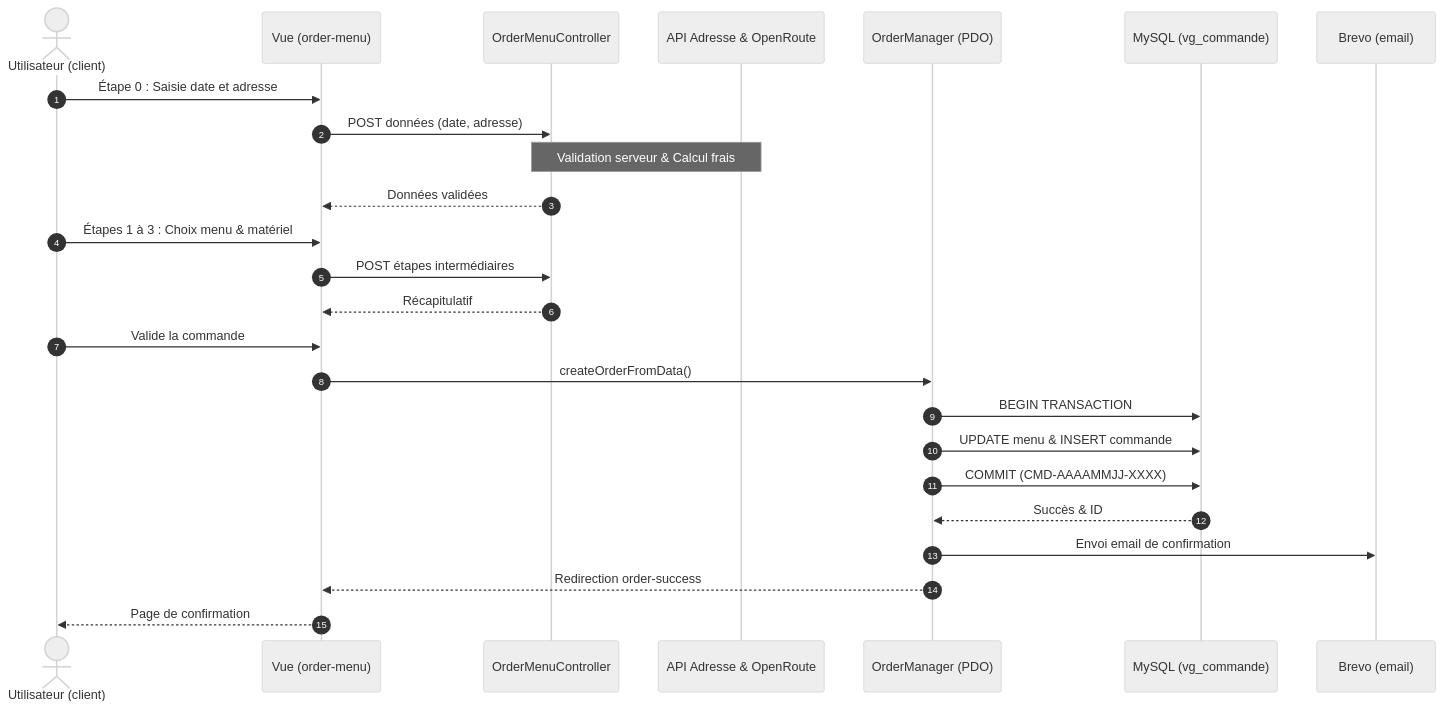
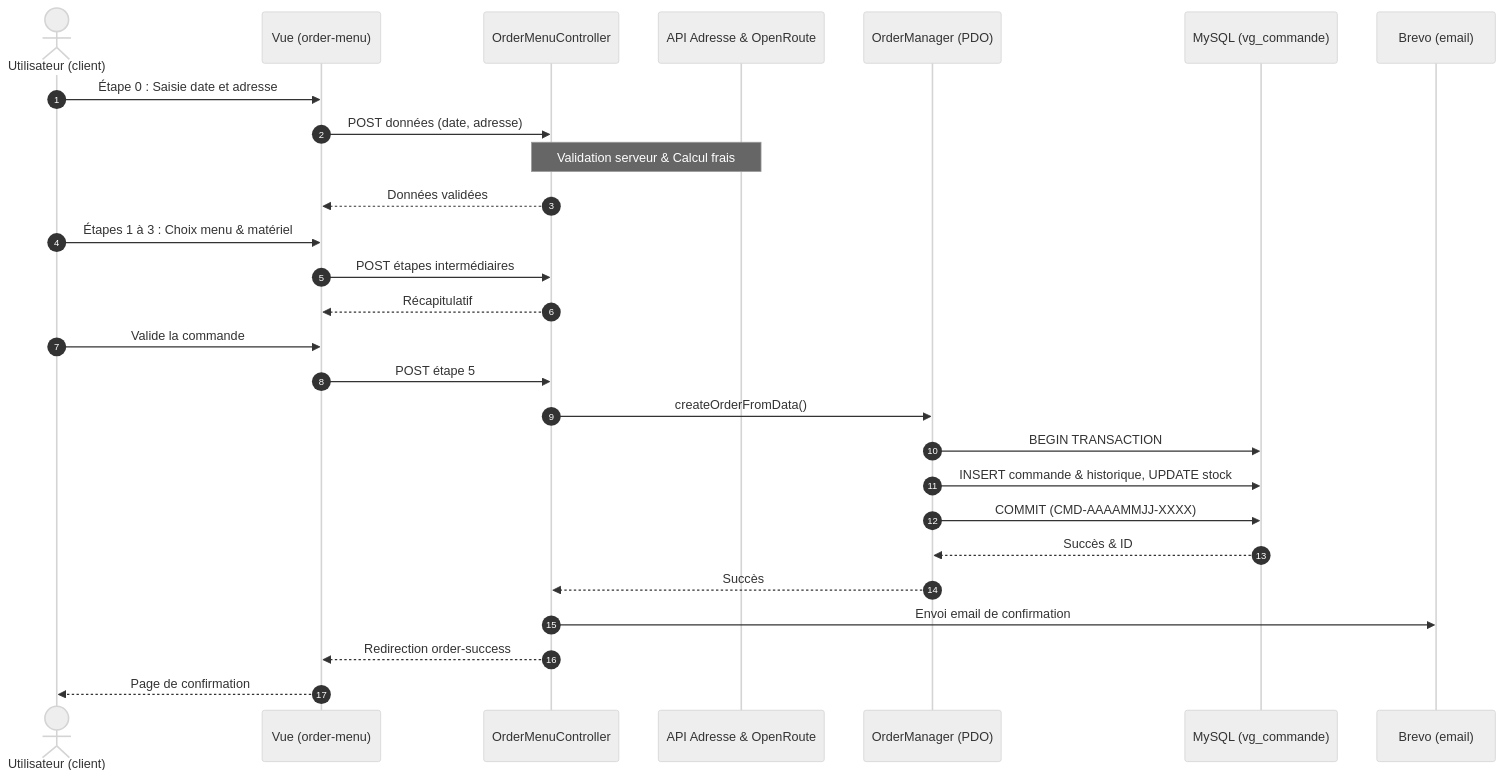
The first of 3 diagrams in docs/Diagrammes et Dictionnaire de données/Diagrammes.md (so3131/ViteEtGourmand), drawn with Mermaid (neutral theme) before and after one commit. The commit also changed 3 other files, not shown here.

````diff
--- a/docs/Diagrammes et Dictionnaire de données/Diagrammes.md
+++ b/docs/Diagrammes et Dictionnaire de données/Diagrammes.md
@@ -4,32 +4,34 @@
 ```mermaid
 sequenceDiagram
 autonumber
 actor Client as Utilisateur (client)
 participant Vue as Vue (order-menu)
 participant Ctrl as OrderMenuController
 participant API as API Adresse & OpenRoute
 participant Manager as OrderManager (PDO)
 participant DB as MySQL (vg_commande)
 participant Email as Brevo (email)
 
     Client->>Vue: Étape 0 : Saisie date et adresse
     Vue->>Ctrl: POST données (date, adresse)
     Note over Ctrl,API: Validation serveur & Calcul frais
     Ctrl-->>Vue: Données validées
 
     Client->>Vue: Étapes 1 à 3 : Choix menu & matériel
     Vue->>Ctrl: POST étapes intermédiaires
     Ctrl-->>Vue: Récapitulatif
 
     Client->>Vue: Valide la commande
-    Vue->>Manager: createOrderFromData()
+    Vue->>Ctrl: POST étape 5
+    Ctrl->>Manager: createOrderFromData()
 
     Manager->>DB: BEGIN TRANSACTION
-    Manager->>DB: UPDATE menu & INSERT commande
+    Manager->>DB: INSERT commande & historique, UPDATE stock
     Manager->>DB: COMMIT (CMD-AAAAMMJJ-XXXX)
 
     DB-->>Manager: Succès & ID
-    Manager->>Email: Envoi email de confirmation
-    Manager-->>Vue: Redirection order-success
+    Manager-->>Ctrl: Succès
+    Ctrl->>Email: Envoi email de confirmation
+    Ctrl-->>Vue: Redirection order-success
     Vue-->>Client: Page de confirmation
 ```
````
